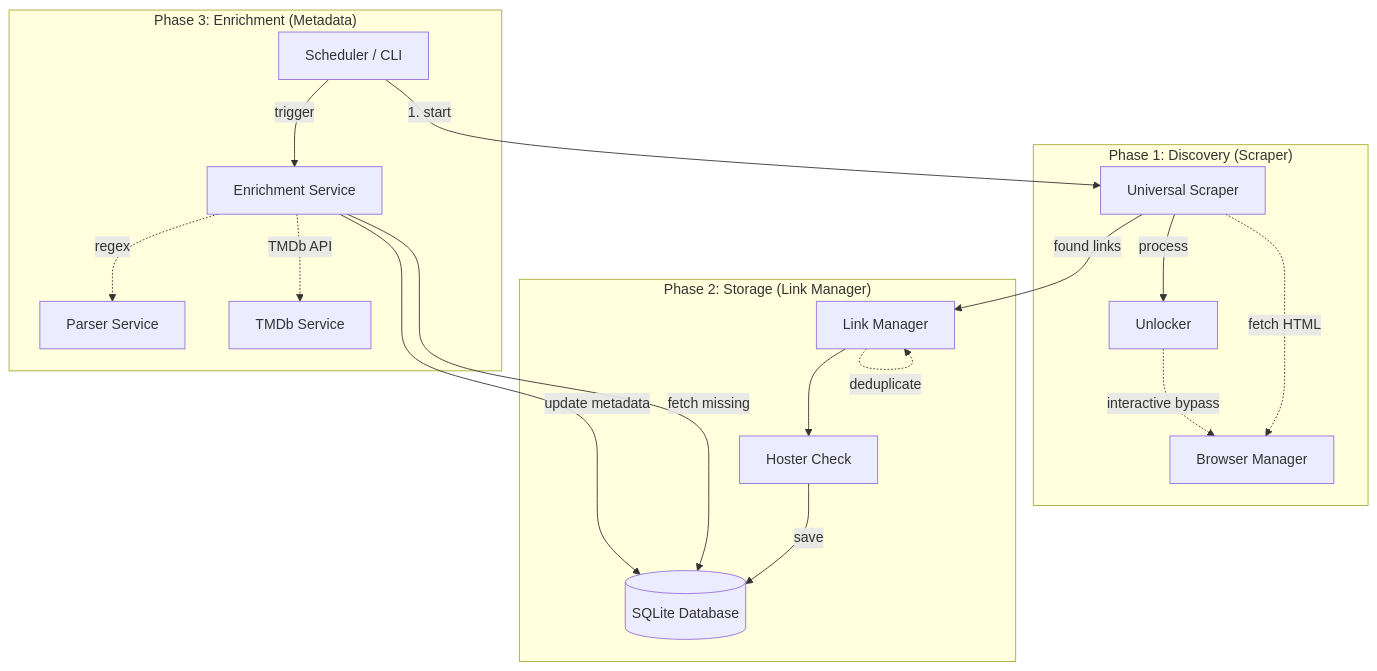
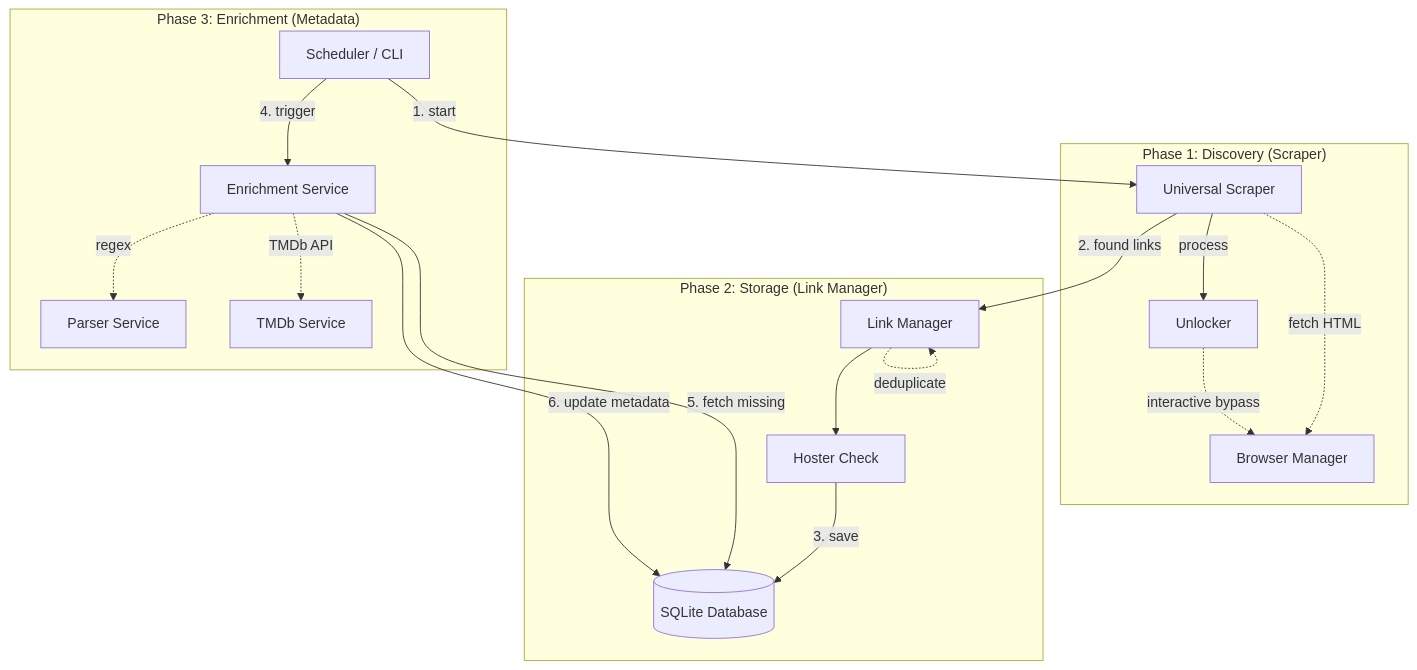
The first of 2 diagrams in README.md (dmachard/DDL-tower), drawn with Mermaid before and after one commit. The commit also changed other lines of this file, not shown here.

Commit message:
feat: add TMDB API key, comment out example scrapers, and update Mermaid workflow diagrams in README

````diff
--- a/README.md
+++ b/README.md
@@ -238,25 +238,25 @@
 ```mermaid
 graph TD
     SCH[Scheduler / CLI] -->|1. start| SCR[Universal Scraper]
     
     subgraph "Phase 1: Discovery (Scraper)"
         SCR -.->|fetch HTML| BRW[Browser Manager]
         SCR -->|process| UNL[Unlocker]
         UNL -.->|interactive bypass| BRW
     end
 
     subgraph "Phase 2: Storage (Link Manager)"
-        SCR -- "found links" --> LNK[Link Manager]
+        SCR -- "2. found links" --> LNK[Link Manager]
         LNK -.->|deduplicate| LNK
         LNK --> HST[Hoster Check]
-        HST -->|save| DB[(SQLite Database)]
+        HST -->|3. save| DB[(SQLite Database)]
     end
 
     subgraph "Phase 3: Enrichment (Metadata)"
-        SCH -->|trigger| ENR[Enrichment Service]
-        ENR -- "fetch missing" --> DB
+        SCH -->|4. trigger| ENR[Enrichment Service]
+        ENR -- "5. fetch missing" --> DB
         ENR -.->|regex| PRS[Parser Service]
         ENR -.->|TMDb API| TMDB[TMDb Service]
-        ENR -- "update metadata" --> DB
+        ENR -- "6. update metadata" --> DB
     end
 ```
````
